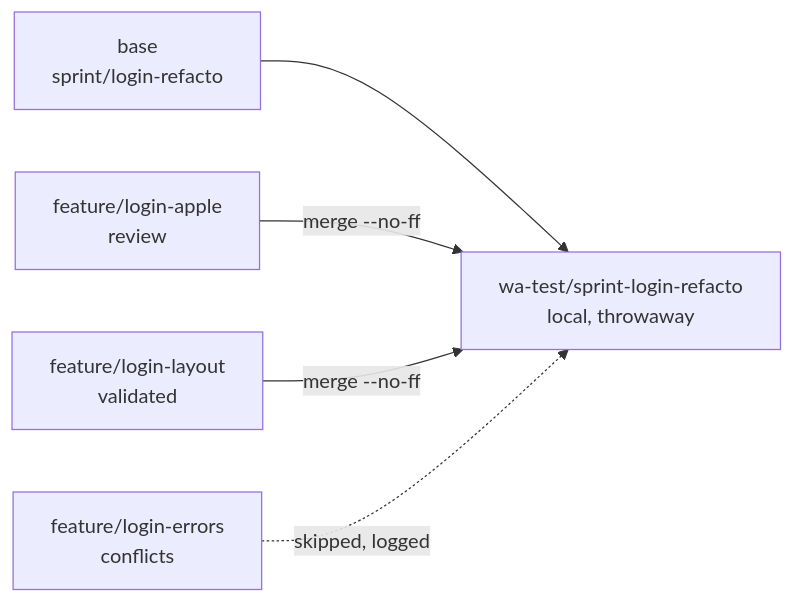
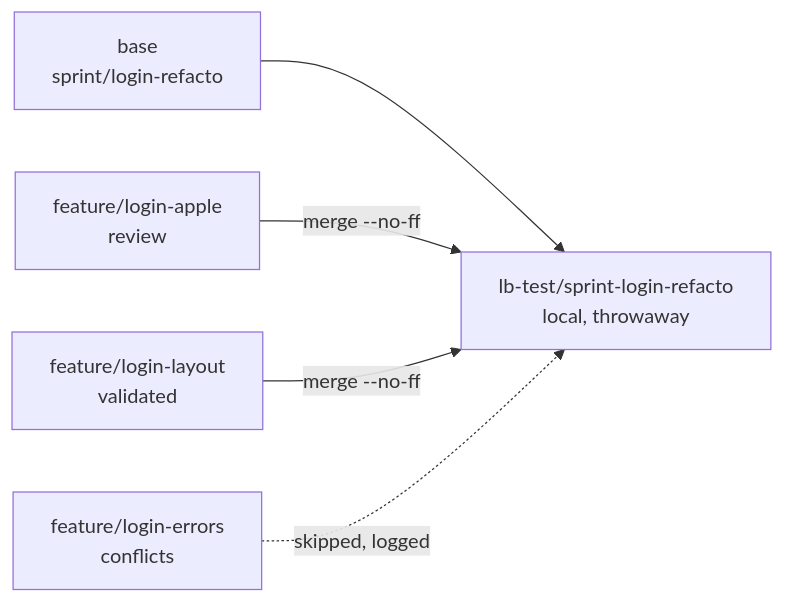
One commit to rlatapy-luna/whackagent changed the seventh of 8 diagrams in WORKFLOW.md. Above: the diagram before and after it, drawn with Mermaid. The commit also changed other lines of this file and 55 other files, not shown here.

````diff
--- a/WORKFLOW.md
+++ b/WORKFLOW.md
@@ -216,7 +216,7 @@
 ```mermaid
 flowchart LR
-    base["base<br/>sprint/login-refacto"] --> test["wa-test/sprint-login-refacto<br/>local, throwaway"]
+    base["base<br/>sprint/login-refacto"] --> test["lb-test/sprint-login-refacto<br/>local, throwaway"]
     a["feature/login-apple<br/>review"] -->|merge --no-ff| test
     b["feature/login-layout<br/>validated"] -->|merge --no-ff| test
     c["feature/login-errors<br/>conflicts"] -.->|skipped, logged| test
 ```
````
